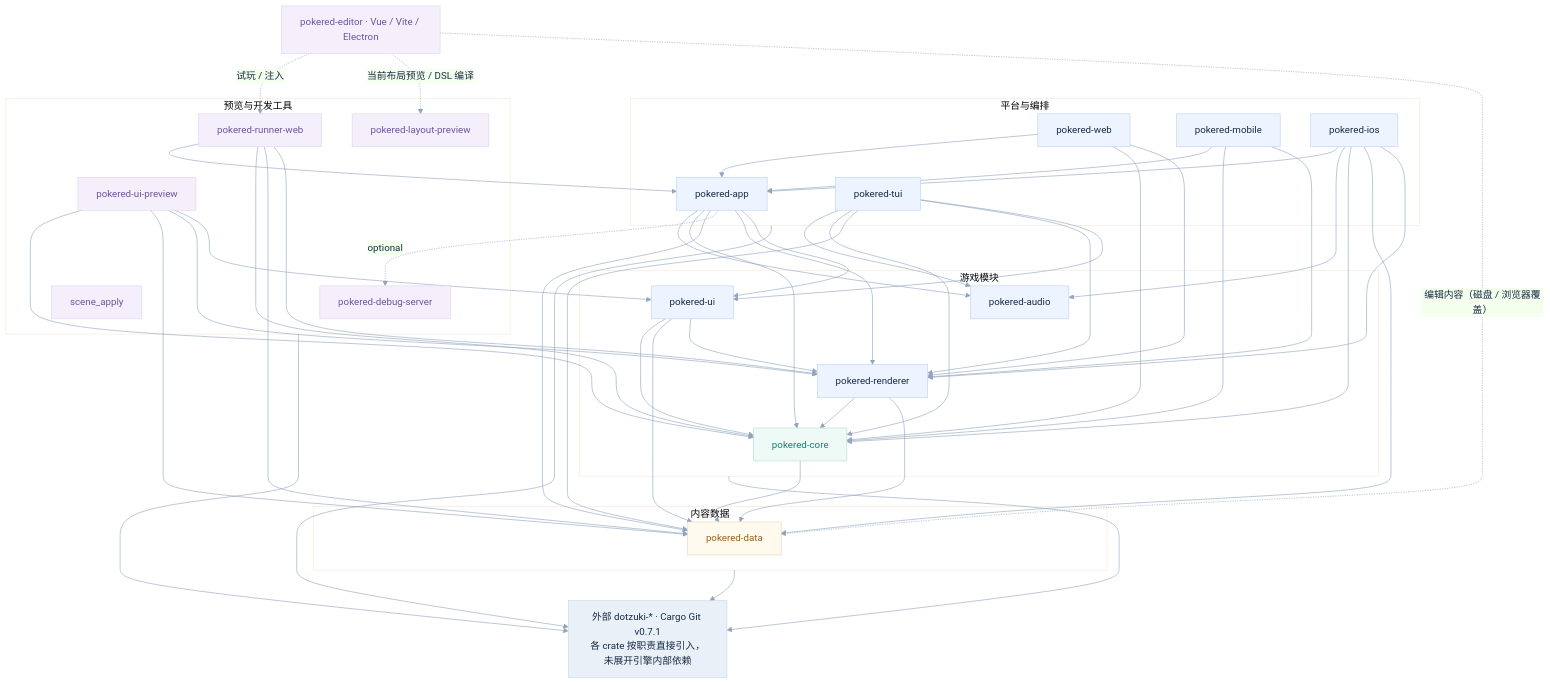
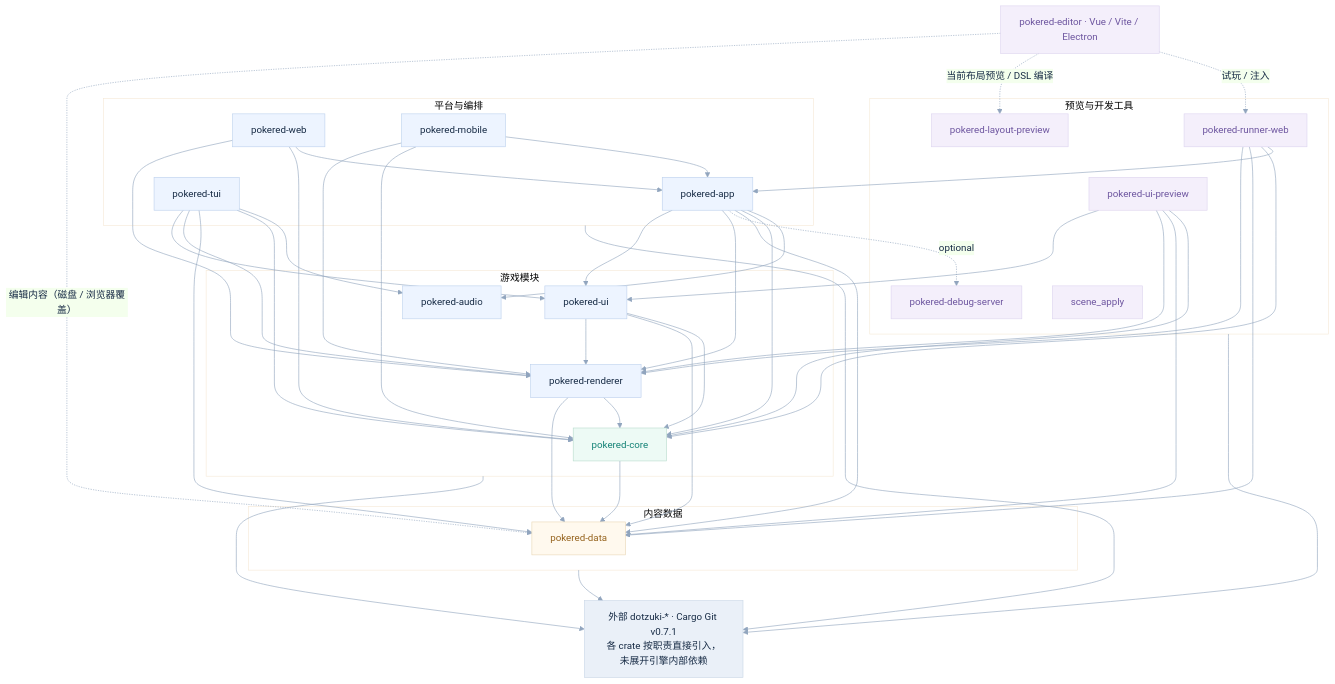
The diagram in docs/diagrams/open-pokered-dependencies.mmd (liuyanghejerry/open-pokered), drawn with Mermaid before and after one commit. The commit also changed 21 other files, not shown here.

```diff
--- a/docs/diagrams/open-pokered-dependencies.mmd
+++ b/docs/diagrams/open-pokered-dependencies.mmd
@@ -1,93 +1,87 @@
 ---
 config:
   theme: base
   themeVariables:
     primaryColor: "#EDF4FF"
     primaryBorderColor: "#BDD1ED"
     primaryTextColor: "#172B45"
     lineColor: "#91A5BE"
     fontFamily: "PingFang SC, Microsoft YaHei, sans-serif"
   flowchart:
     curve: basis
 ---
 flowchart TB
 %% Direct in-workspace normal Cargo dependencies for the v0.7.1 engine migration.
 %% Optional edges are dashed. No transitive/dev dependencies; external engine summarized.
   subgraph platform["平台与编排"]
     pokered_app["pokered-app"]
     pokered_web["pokered-web"]
     pokered_mobile["pokered-mobile"]
-    pokered_ios["pokered-ios"]
     pokered_tui["pokered-tui"]
   end
   subgraph preview["预览与开发工具"]
     pokered_runner_web["pokered-runner-web"]
     pokered_layout_preview["pokered-layout-preview"]
     pokered_ui_preview["pokered-ui-preview"]
     pokered_debug_server["pokered-debug-server"]
     scene_apply["scene_apply"]
   end
   subgraph services["游戏模块"]
     pokered_ui["pokered-ui"]
     pokered_renderer["pokered-renderer"]
     pokered_audio["pokered-audio"]
     pokered_core["pokered-core"]
   end
   subgraph content["内容数据"]
     pokered_data["pokered-data"]
   end
   pokered_mobile --> pokered_app
   pokered_mobile --> pokered_core
   pokered_mobile --> pokered_renderer
   pokered_app --> pokered_audio
   pokered_app --> pokered_core
   pokered_app --> pokered_data
   pokered_app -. "optional" .-> pokered_debug_server
   pokered_app --> pokered_renderer
   pokered_app --> pokered_ui
   pokered_core --> pokered_data
-  pokered_ios --> pokered_app
-  pokered_ios --> pokered_audio
-  pokered_ios --> pokered_core
-  pokered_ios --> pokered_data
-  pokered_ios --> pokered_renderer
   pokered_renderer --> pokered_core
   pokered_renderer --> pokered_data
   pokered_runner_web --> pokered_app
   pokered_runner_web --> pokered_core
   pokered_runner_web --> pokered_data
   pokered_runner_web --> pokered_renderer
   pokered_tui --> pokered_audio
   pokered_tui --> pokered_core
   pokered_tui --> pokered_data
   pokered_tui --> pokered_renderer
   pokered_tui --> pokered_ui
   pokered_ui --> pokered_core
   pokered_ui --> pokered_data
   pokered_ui --> pokered_renderer
   pokered_ui_preview --> pokered_core
   pokered_ui_preview --> pokered_data
   pokered_ui_preview --> pokered_renderer
   pokered_ui_preview --> pokered_ui
   pokered_web --> pokered_app
   pokered_web --> pokered_core
   pokered_web --> pokered_renderer
 
   editor["pokered-editor · Vue / Vite / Electron"]
   dotzuki["外部 dotzuki-* · Cargo Git v0.7.1<br/>各 crate 按职责直接引入，未展开引擎内部依赖"]
   editor -. "试玩 / 注入" .-> pokered_runner_web
   editor -. "当前布局预览 / DSL 编译" .-> pokered_layout_preview
   editor -. "编辑内容（磁盘 / 浏览器覆盖）" .-> pokered_data
   platform --> dotzuki
   preview --> dotzuki
   services --> dotzuki
   content --> dotzuki
 
   classDef game fill:#EDFAF5,stroke:#B9DCCD,color:#148276
   classDef tooling fill:#F4EFFB,stroke:#DDD4EF,color:#6D559F
   classDef data fill:#FFF9EE,stroke:#E9D7B6,color:#95631D
   classDef external fill:#EAF0F8,stroke:#CAD6E6,color:#172B45
   class pokered_core game
   class pokered_runner_web,pokered_layout_preview,pokered_ui_preview,pokered_debug_server,scene_apply,editor tooling
   class pokered_data data
   class dotzuki external
```
